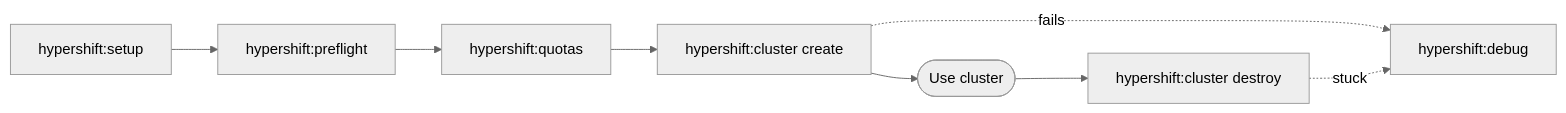
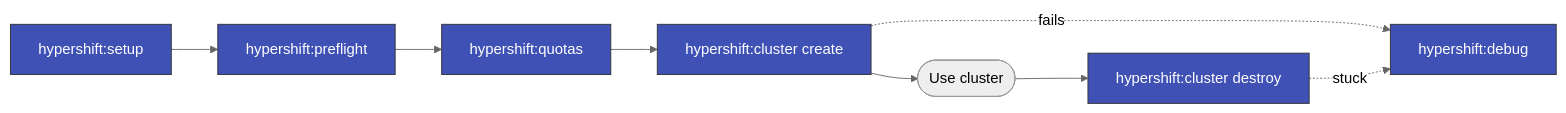
Before and after one commit to pdettori/kagenti: the eighth of 8 diagrams in .claude/skills/README.md, drawn with Mermaid (neutral theme). The commit also changed other lines of this file and 13 other files, not shown here.

First line of the commit message:
🌱 Add TOC, color-coded diagrams, cross-links, and review fixes

````diff
--- a/.claude/skills/README.md
+++ b/.claude/skills/README.md
@@ -193,11 +253,13 @@
 ```mermaid
 flowchart LR
-    SETUP["hypershift:setup"] --> PREFLIGHT["hypershift:preflight"]
-    PREFLIGHT --> QUOTAS["hypershift:quotas"]
-    QUOTAS --> CREATE["hypershift:cluster create"]
+    SETUP["hypershift:setup"]:::hypershift --> PREFLIGHT["hypershift:preflight"]:::hypershift
+    PREFLIGHT --> QUOTAS["hypershift:quotas"]:::hypershift
+    QUOTAS --> CREATE["hypershift:cluster create"]:::hypershift
     CREATE --> USE([Use cluster])
-    USE --> DESTROY["hypershift:cluster destroy"]
+    USE --> DESTROY["hypershift:cluster destroy"]:::hypershift
 
-    CREATE -.->|fails| DEBUG["hypershift:debug"]
+    CREATE -.->|fails| DEBUG["hypershift:debug"]:::hypershift
     DESTROY -.->|stuck| DEBUG
+
+    classDef hypershift fill:#3F51B5,stroke:#333,color:white
 ```
````
